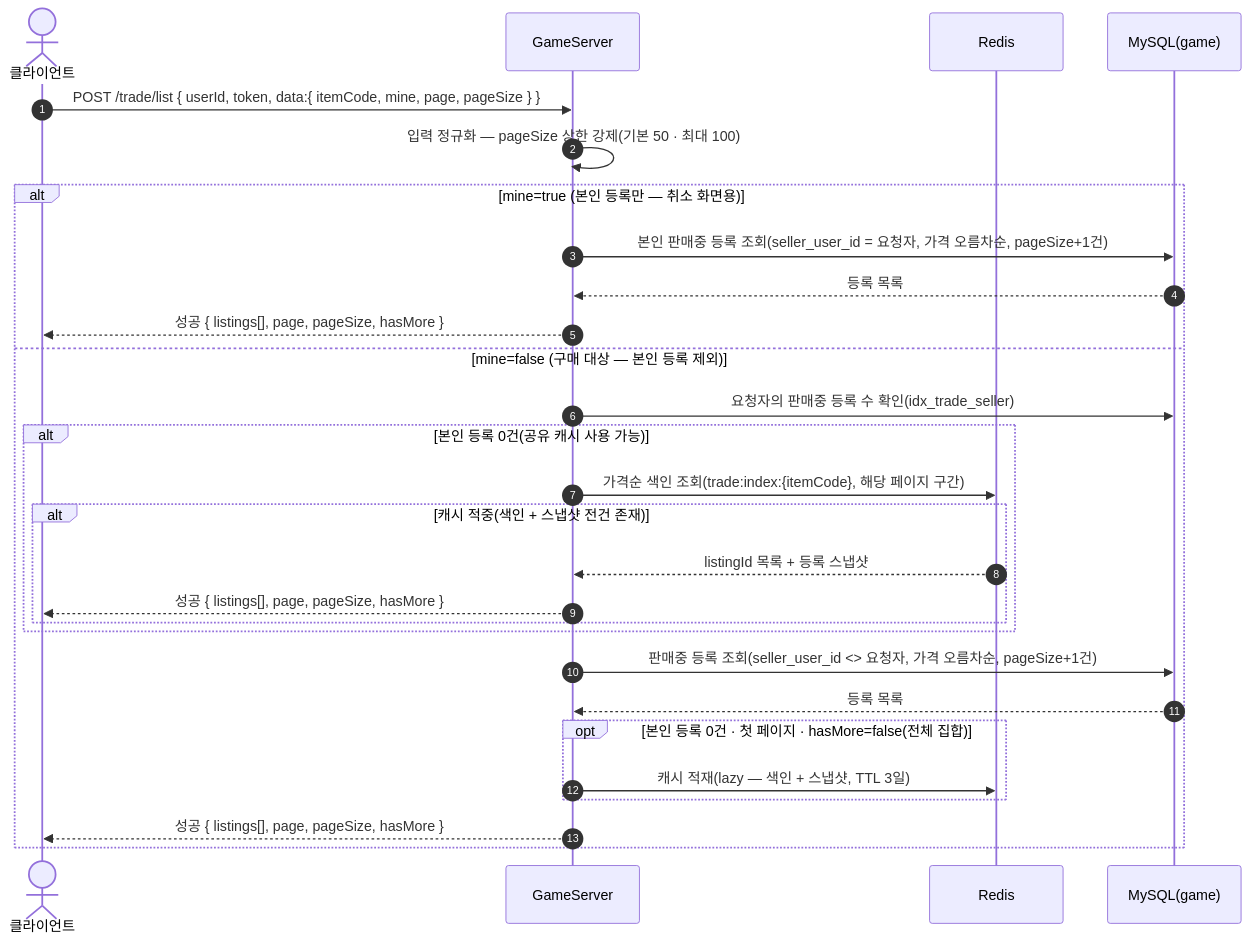
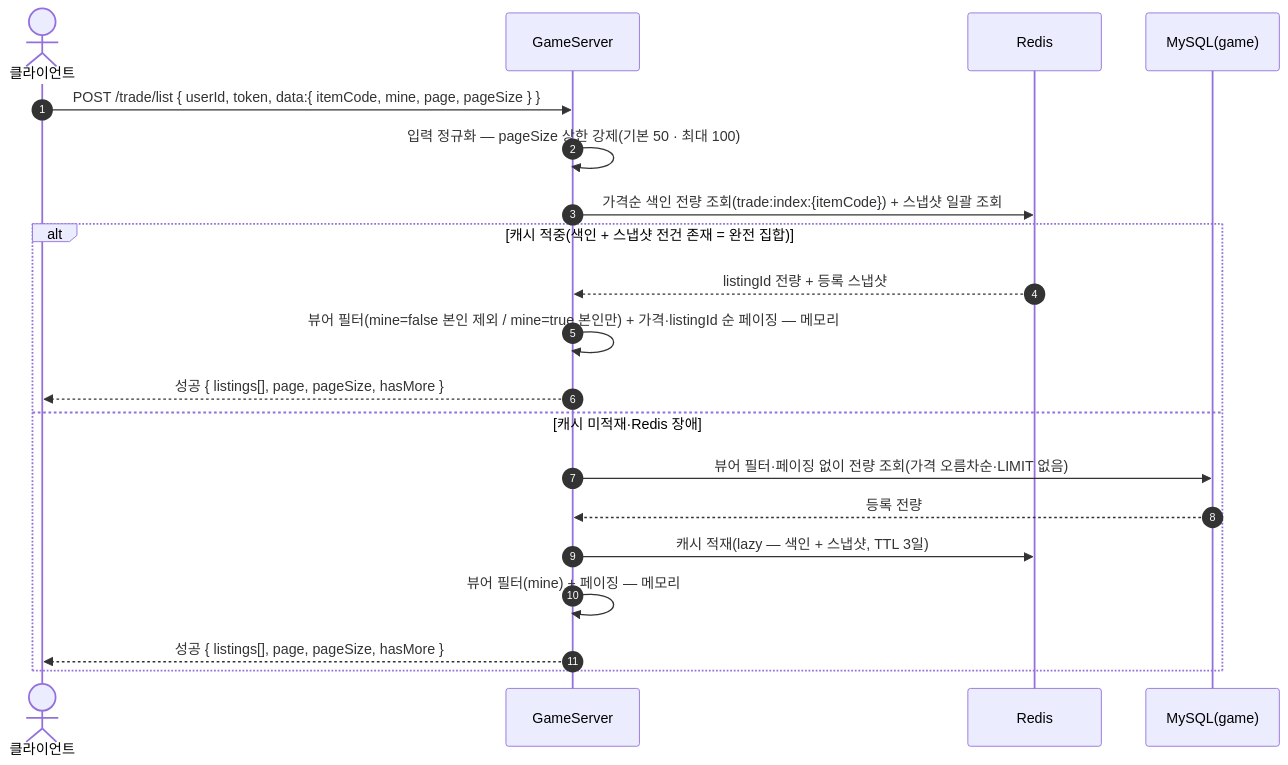
Diagram 21 of 31 in SequenceDiagram/README.md (ks-wook/com2us-taskbar-hero), drawn with Mermaid before and after one commit. The commit also changed other lines of this file and 11 other files, not shown here.

````diff
--- a/SequenceDiagram/README.md
+++ b/SequenceDiagram/README.md
@@ -591,31 +591,23 @@
 ```mermaid
 sequenceDiagram
     autonumber
     actor C as 클라이언트
     participant S as GameServer
     participant R as Redis
     participant DB as MySQL(game)
 
     C->>S: POST /trade/list { userId, token, data:{ itemCode, mine, page, pageSize } }
     S->>S: 입력 정규화 — pageSize 상한 강제(기본 50 · 최대 100)
-    alt mine=true (본인 등록만 — 취소 화면용)
-        S->>DB: 본인 판매중 등록 조회(seller_user_id = 요청자, 가격 오름차순, pageSize+1건)
-        DB-->>S: 등록 목록
+    S->>R: 가격순 색인 전량 조회(trade:index:{itemCode}) + 스냅샷 일괄 조회
+    alt 캐시 적중(색인 + 스냅샷 전건 존재 = 완전 집합)
+        R-->>S: listingId 전량 + 등록 스냅샷
+        S->>S: 뷰어 필터(mine=false 본인 제외 / mine=true 본인만) + 가격·listingId 순 페이징 — 메모리
         S-->>C: 성공 { listings[], page, pageSize, hasMore }
-    else mine=false (구매 대상 — 본인 등록 제외)
-        S->>DB: 요청자의 판매중 등록 수 확인(idx_trade_seller)
-        alt 본인 등록 0건(공유 캐시 사용 가능)
-            S->>R: 가격순 색인 조회(trade:index:{itemCode}, 해당 페이지 구간)
-            alt 캐시 적중(색인 + 스냅샷 전건 존재)
-                R-->>S: listingId 목록 + 등록 스냅샷
-                S-->>C: 성공 { listings[], page, pageSize, hasMore }
-            end
-        end
-        S->>DB: 판매중 등록 조회(seller_user_id <> 요청자, 가격 오름차순, pageSize+1건)
-        DB-->>S: 등록 목록
-        opt 본인 등록 0건 · 첫 페이지 · hasMore=false(전체 집합)
-            S->>R: 캐시 적재(lazy — 색인 + 스냅샷, TTL 3일)
-        end
+    else 캐시 미적재·Redis 장애
+        S->>DB: 뷰어 필터·페이징 없이 전량 조회(가격 오름차순·LIMIT 없음)
+        DB-->>S: 등록 전량
+        S->>R: 캐시 적재(lazy — 색인 + 스냅샷, TTL 3일)
+        S->>S: 뷰어 필터(mine) + 페이징 — 메모리
         S-->>C: 성공 { listings[], page, pageSize, hasMore }
     end
 ```
````
